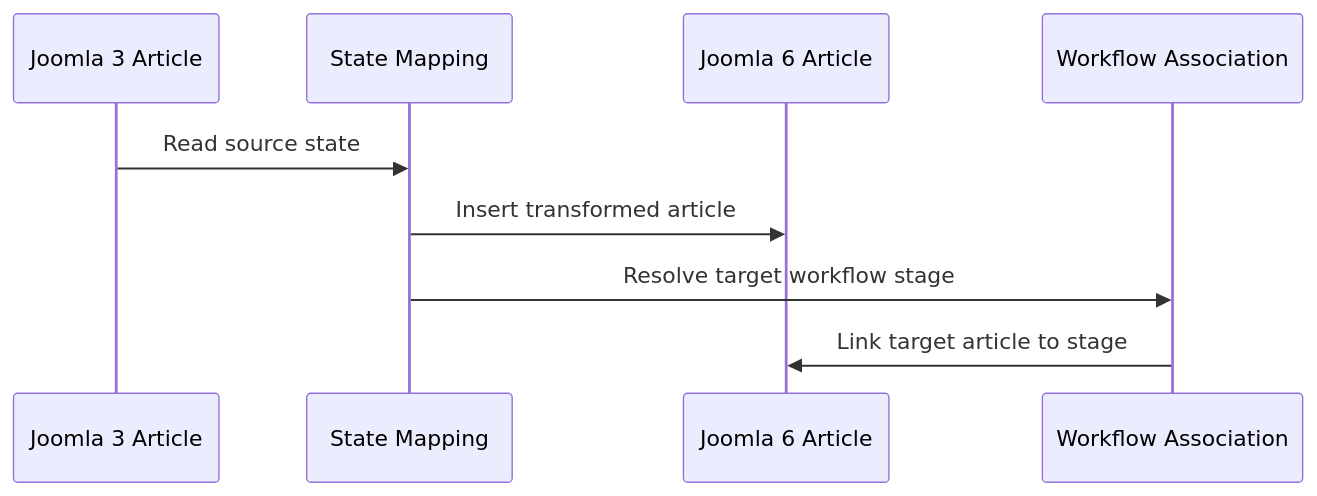
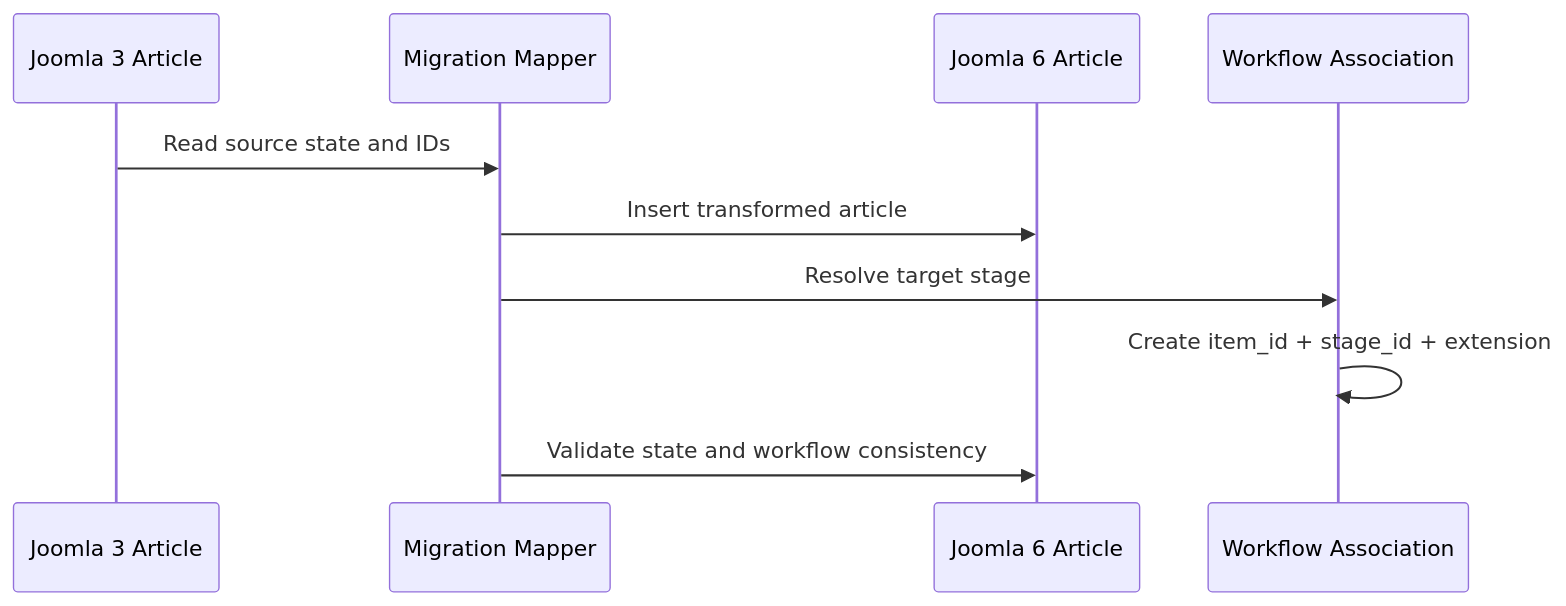
One commit to duyduyly/php-notebook changed the eighth of 21 diagrams in docs/joomla/learning/database/joomla3-vs-joomla6-erd-gap-diagrams.md. Above: the diagram before and after it, drawn with Mermaid. The commit also changed other lines of this file, not shown here.

Commit message:
docs: improve Joomla 3 vs Joomla 6 ERD gap diagrams

````diff
--- a/docs/joomla/learning/database/joomla3-vs-joomla6-erd-gap-diagrams.md
+++ b/docs/joomla/learning/database/joomla3-vs-joomla6-erd-gap-diagrams.md
@@ -258,12 +327,13 @@
 ```mermaid
 sequenceDiagram
     participant S as Joomla 3 Article
-    participant M as State Mapping
-    participant T as Joomla 6 Article
+    participant M as Migration Mapper
+    participant A as Joomla 6 Article
     participant W as Workflow Association
 
-    S->>M: Read source state
-    M->>T: Insert transformed article
-    M->>W: Resolve target workflow stage
-    W->>T: Link target article to stage
+    S->>M: Read source state and IDs
+    M->>A: Insert transformed article
+    M->>W: Resolve target stage
+    W->>W: Create item_id + stage_id + extension
+    M->>A: Validate state and workflow consistency
 ```
````
